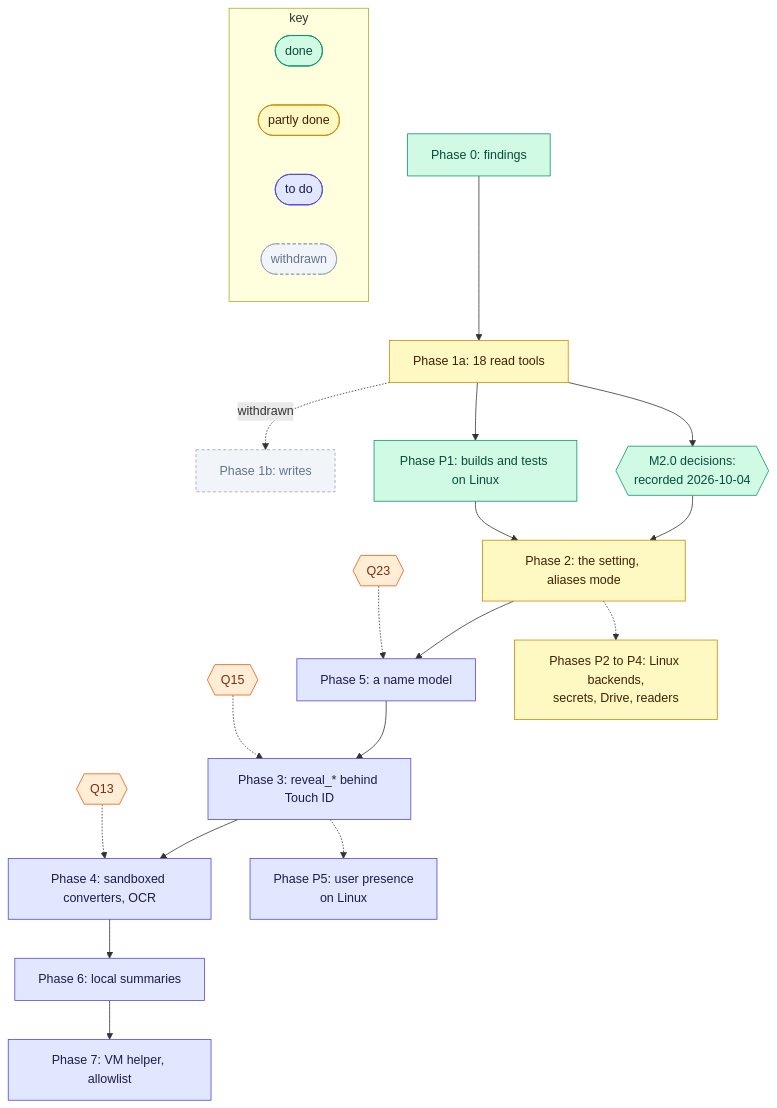
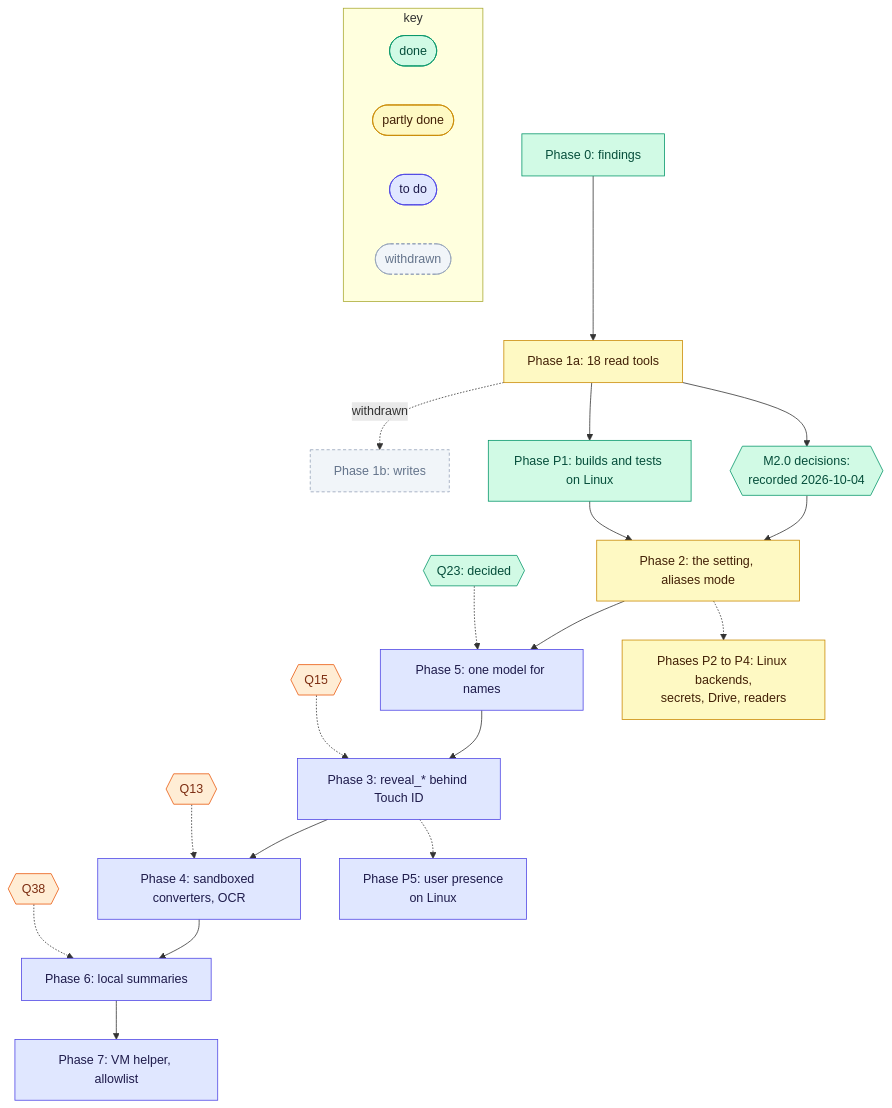
The diagram in docs/rfc-0001/09-rollout.md (matt-w-horn/protonctl), drawn with Mermaid before and after one commit. The commit also changed other lines of this file and 11 other files, not shown here.

````diff
--- a/docs/rfc-0001/09-rollout.md
+++ b/docs/rfc-0001/09-rollout.md
@@ -7,37 +7,38 @@
 ```mermaid
 flowchart TB
     P0["Phase 0: findings"] --> P1a["Phase 1a: 18 read tools"]
     P1a -.->|withdrawn| P1b["Phase 1b: writes"]
     P1a --> D2{{"M2.0 decisions:<br/>recorded 2026-10-04"}}
     D2 --> P2["Phase 2: the setting, aliases mode"]
-    P2 --> P5["Phase 5: a name model"]
+    P2 --> P5["Phase 5: one model for names"]
     P5 --> P3["Phase 3: reveal_* behind Touch ID"]
     P3 --> P4["Phase 4: sandboxed converters, OCR"]
     P4 --> P6["Phase 6: local summaries"]
     P6 --> P7["Phase 7: VM helper, allowlist"]
     Q15{{"Q15"}} -.-> P3
     Q13{{"Q13"}} -.-> P4
-    Q23{{"Q23"}} -.-> P5
+    Q23{{"Q23: decided"}} -.-> P5
+    Q38{{"Q38"}} -.-> P6
     PP1["Phase P1: builds and tests on Linux"] --> P2
     P1a --> PP1
     P2 -.-> PP2["Phases P2 to P4: Linux backends,<br/>secrets, Drive, readers"]
     P3 -.-> PP5["Phase P5: user presence<br/>on Linux"]
     subgraph key["key"]
         direction LR
         L1(["done"])
         L2(["partly done"])
         L3(["to do"])
         L4(["withdrawn"])
     end
 
     classDef done fill:#D1FAE5,stroke:#059669,color:#064E3B
     classDef part fill:#FEF9C3,stroke:#CA8A04,color:#422006
     classDef todo fill:#E0E7FF,stroke:#4F46E5,color:#1E1B4B
     classDef gone fill:#F1F5F9,stroke:#94A3B8,color:#64748B,stroke-dasharray:4 3
     classDef q fill:#FFEDD5,stroke:#EA580C,color:#7C2D12
-    class P0,PP1,D2,L1 done
+    class P0,PP1,D2,Q23,L1 done
     class P1a,P2,PP2,L2 part
     class P3,P4,P5,P6,P7,PP5,L3 todo
     class P1b,L4 gone
-    class Q13,Q15,Q23 q
+    class Q13,Q15,Q38 q
 ```
````
